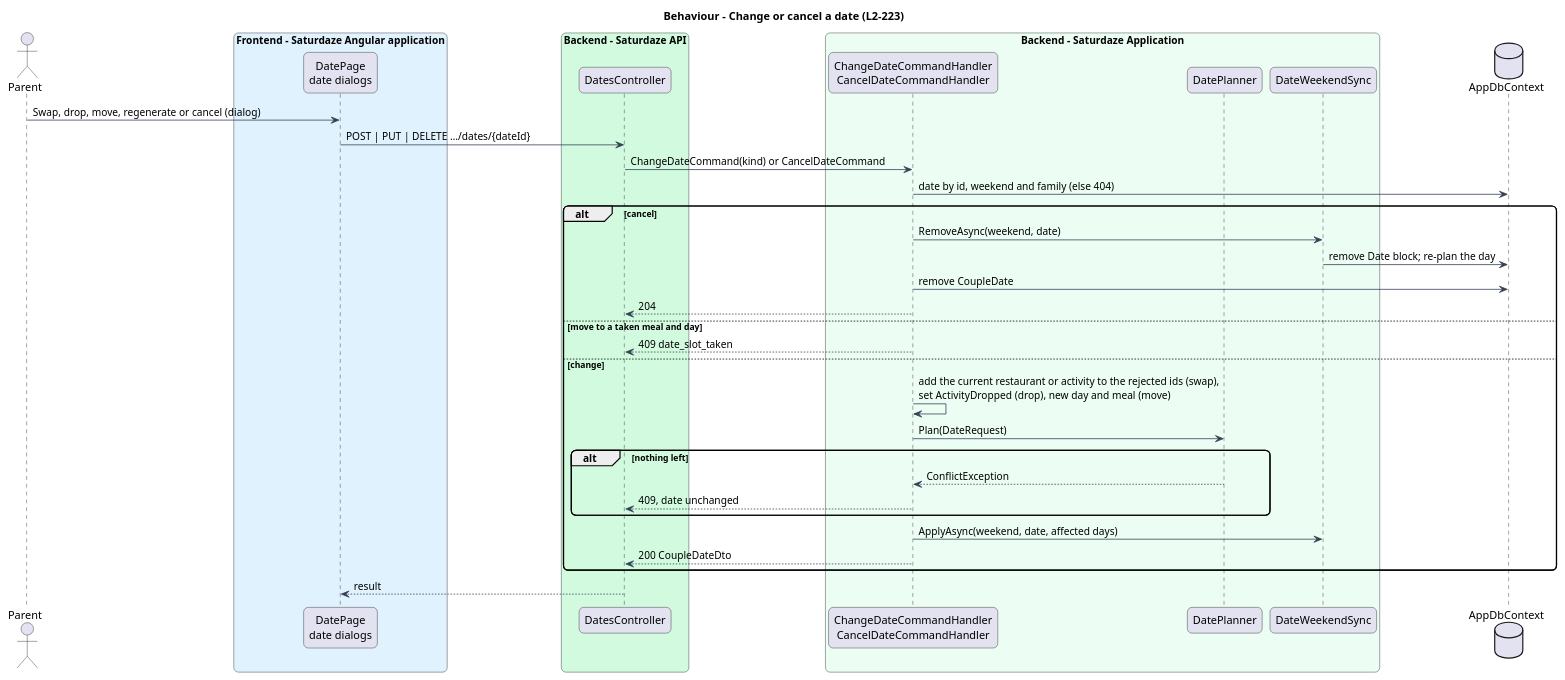
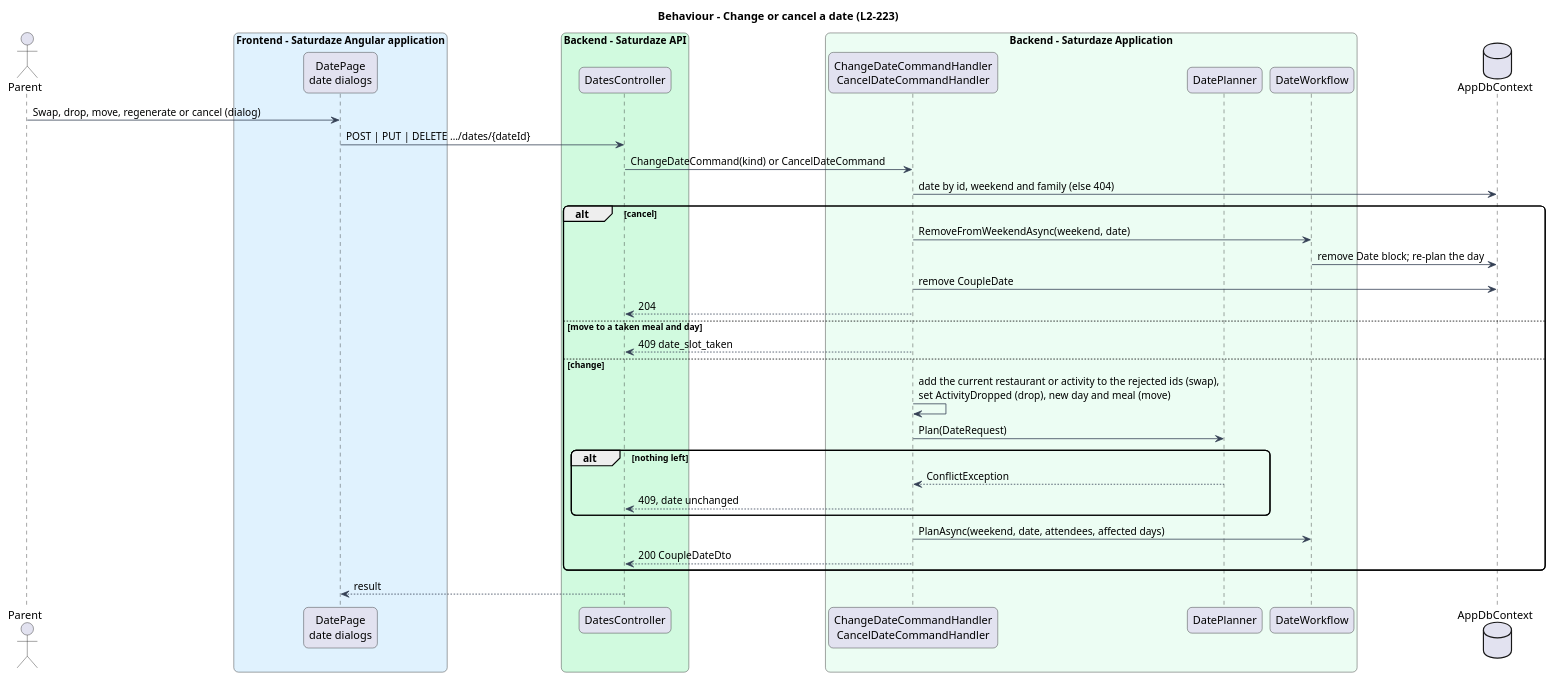
Before and after one commit to QuinntyneBrown/saturdaze: the diagram in docs/detailed-designs/weekend-planning/plan-a-couples-date/diagrams/sequence-change-date.puml, drawn with PlantUML. The commit also changed 10 other files, not shown here.

```diff
--- a/docs/detailed-designs/weekend-planning/plan-a-couples-date/diagrams/sequence-change-date.puml
+++ b/docs/detailed-designs/weekend-planning/plan-a-couples-date/diagrams/sequence-change-date.puml
@@ -1,43 +1,43 @@
 @startuml
 title Behaviour - Change or cancel a date (L2-223)
 skinparam backgroundColor #FFFFFF
 skinparam shadowing false
 skinparam roundcorner 12
 skinparam defaultFontName Arial
 skinparam ArrowColor #344054
 actor "Parent" as actor
 box "Frontend - Saturdaze Angular application" #E0F2FE
  participant "DatePage\ndate dialogs" as page
 end box
 box "Backend - Saturdaze API" #D1FADF
  participant "DatesController" as controller
 end box
 box "Backend - Saturdaze Application" #ECFDF3
  participant "ChangeDateCommandHandler\nCancelDateCommandHandler" as handler
  participant "DatePlanner" as planner
- participant "DateWeekendSync" as sync
+ participant "DateWorkflow" as sync
 end box
 database "AppDbContext" as db
 actor -> page : Swap, drop, move, regenerate or cancel (dialog)
 page -> controller : POST | PUT | DELETE …/dates/{dateId}
 controller -> handler : ChangeDateCommand(kind) or CancelDateCommand
 handler -> db : date by id, weekend and family (else 404)
 alt cancel
-  handler -> sync : RemoveAsync(weekend, date)
+  handler -> sync : RemoveFromWeekendAsync(weekend, date)
   sync -> db : remove Date block; re-plan the day
   handler -> db : remove CoupleDate
   handler --> controller : 204
 else move to a taken meal and day
   handler --> controller : 409 date_slot_taken
 else change
   handler -> handler : add the current restaurant or activity to the rejected ids (swap),\nset ActivityDropped (drop), new day and meal (move)
   handler -> planner : Plan(DateRequest)
   alt nothing left
     planner --> handler : ConflictException
     handler --> controller : 409, date unchanged
   end
-  handler -> sync : ApplyAsync(weekend, date, affected days)
+  handler -> sync : PlanAsync(weekend, date, attendees, affected days)
   handler --> controller : 200 CoupleDateDto
 end
 controller --> page : result
 @enduml
```
